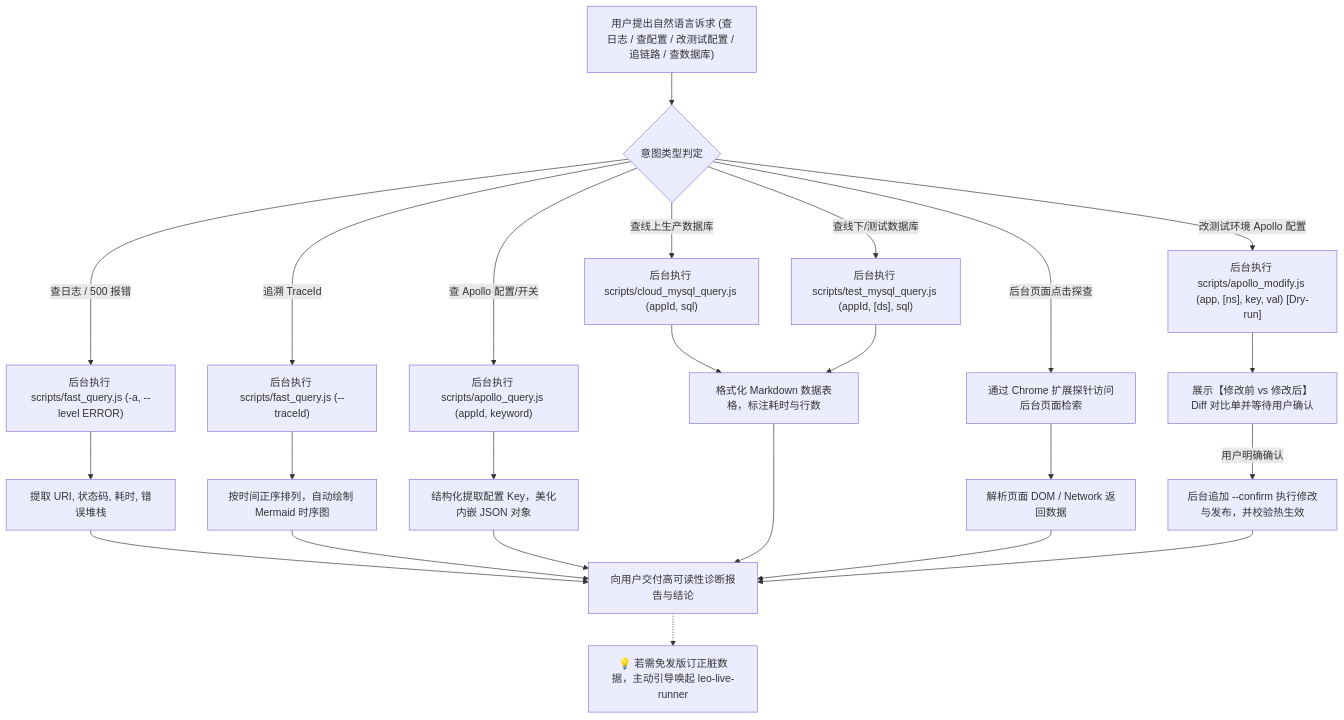
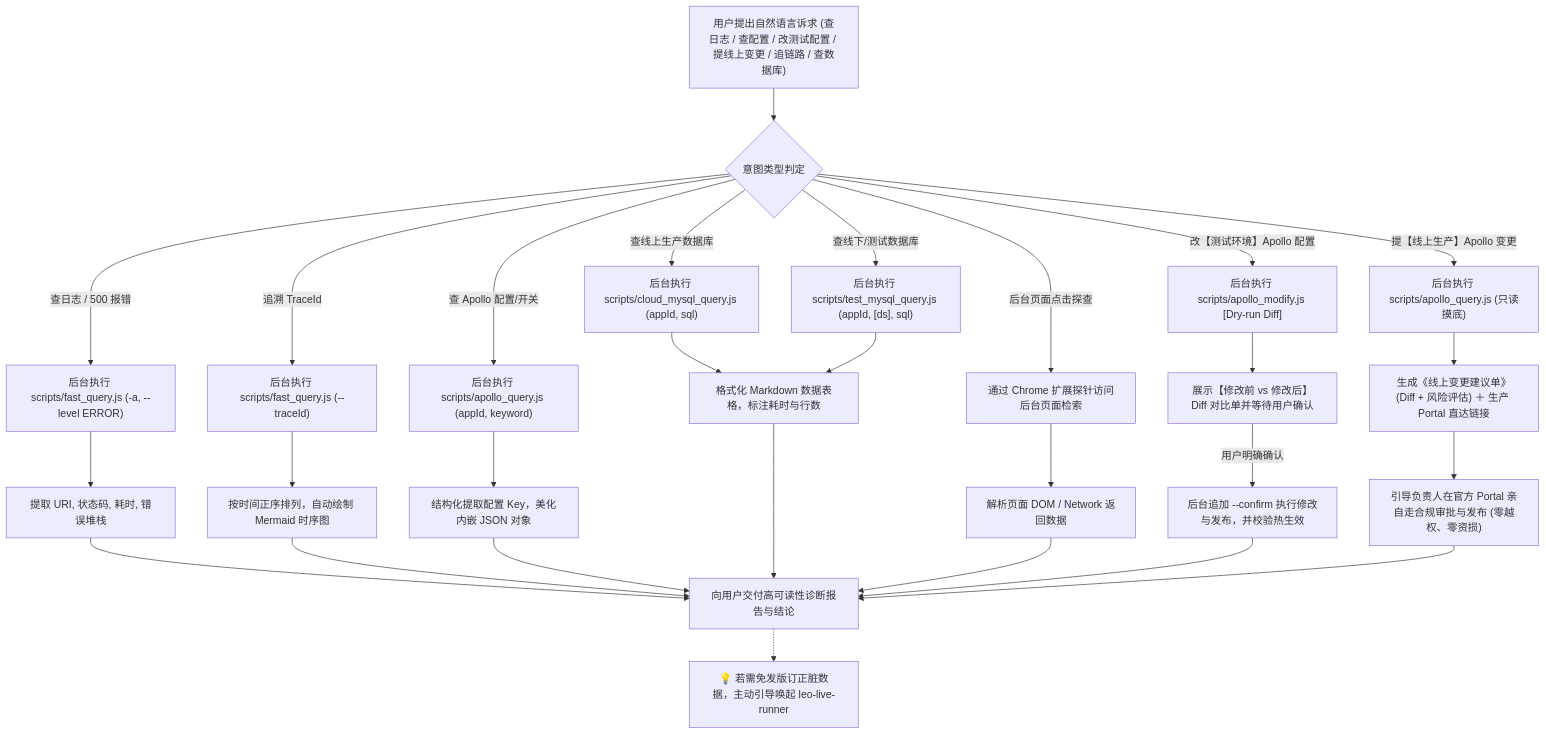
One commit to zlpawn/shrimp changed the diagram in lib/skills/leo-live-inspector/SKILL.md. Above: the diagram before and after it, drawn with Mermaid. The commit also changed other lines of this file and 1 other file, not shown here.

Commit message:
docs(leo-live-inspector): define Production Apollo Change Advisor workflow with zero direct mutation policy

````diff
--- a/lib/skills/leo-live-inspector/SKILL.md
+++ b/lib/skills/leo-live-inspector/SKILL.md
@@ -59,23 +62,26 @@
 ```mermaid
 flowchart TD
-    A["用户提出自然语言诉求 (查日志 / 查配置 / 改测试配置 / 追链路 / 查数据库)"] --> B{"意图类型判定"}
+    A["用户提出自然语言诉求 (查日志 / 查配置 / 改测试配置 / 提线上变更 / 追链路 / 查数据库)"] --> B{"意图类型判定"}
     
     B -->|"查日志 / 500 报错"| C1["后台执行 scripts/fast_query.js (-a, --level ERROR)"]
     B -->|"追溯 TraceId"| C2["后台执行 scripts/fast_query.js (--traceId)"]
     B -->|"查 Apollo 配置/开关"| C3["后台执行 scripts/apollo_query.js (appId, keyword)"]
-    B -->|"改测试环境 Apollo 配置"| C7["后台执行 scripts/apollo_modify.js (app, [ns], key, val) [Dry-run]"]
+    B -->|"改【测试环境】Apollo 配置"| C7["后台执行 scripts/apollo_modify.js [Dry-run Diff]"]
+    B -->|"提【线上生产】Apollo 变更"| C8["后台执行 scripts/apollo_query.js (只读摸底)"]
     B -->|"查线上生产数据库"| C4["后台执行 scripts/cloud_mysql_query.js (appId, sql)"]
     B -->|"查线下/测试数据库"| C5["后台执行 scripts/test_mysql_query.js (appId, [ds], sql)"]
     B -->|"后台页面点击探查"| C6["通过 Chrome 扩展探针访问后台页面检索"]
 
     C1 --> D1["提取 URI, 状态码, 耗时, 错误堆栈"]
     C2 --> D2["按时间正序排列，自动绘制 Mermaid 时序图"]
     C3 --> D3["结构化提取配置 Key，美化内嵌 JSON 对象"]
     C7 --> D7["展示【修改前 vs 修改后】Diff 对比单并等待用户确认"]
     D7 -->|用户明确确认| E7["后台追加 --confirm 执行修改与发布，并校验热生效"]
+    C8 --> D8["生成《线上变更建议单》(Diff + 风险评估) ＋ 生产 Portal 直达链接"]
+    D8 --> E8["引导负责人在官方 Portal 亲自走合规审批与发布 (零越权、零资损)"]
     C4 & C5 --> D4["格式化 Markdown 数据表格，标注耗时与行数"]
     C6 --> D5["解析页面 DOM / Network 返回数据"]
 
-    D1 & D2 & D3 & D4 & D5 & E7 --> E["向用户交付高可读性诊断报告与结论"]
+    D1 & D2 & D3 & D4 & D5 & E7 & E8 --> E["向用户交付高可读性诊断报告与结论"]
     E -.-> F["💡 若需免发版订正脏数据，主动引导唤起 leo-live-runner"]
 ```
````
